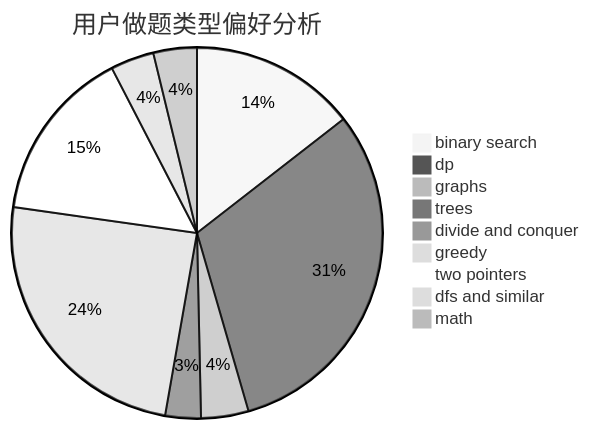
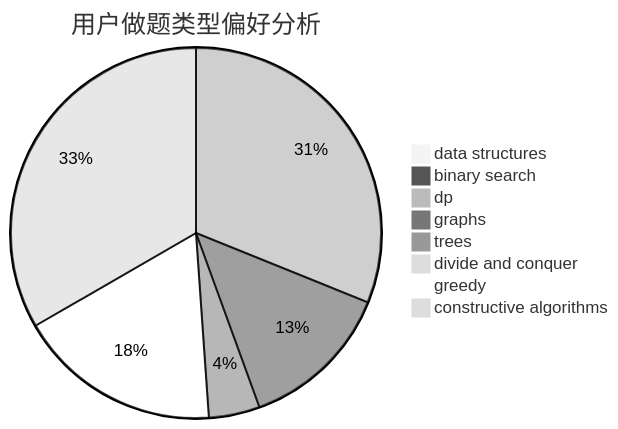
Before and after one commit to sherpahu/cfrs.github.io: the second of 3 diagrams in docs/user/u1215.md, drawn with Mermaid (neutral theme). The commit also changed other lines of this file and 2775 other files, not shown here.

````diff
--- a/docs/user/u1215.md
+++ b/docs/user/u1215.md
@@ -23,12 +23,11 @@
 ```mermaid
 pie title 用户做题类型偏好分析
-    "binary search" :  42
-    "dp" :  90
-    "graphs" :  12
-    "trees" :  9
+    "data structures" :  0
+    "binary search" :  0
+    "dp" :  14
+    "graphs" :  6
+    "trees" :  2
     "divide and conquer" :  0
-    "greedy" :  71
-    "two pointers" :  44
-    "dfs and similar" :  11
-    "math" :  11
+    "greedy" :  8
+    "constructive algorithms" :  15
 ```
````
